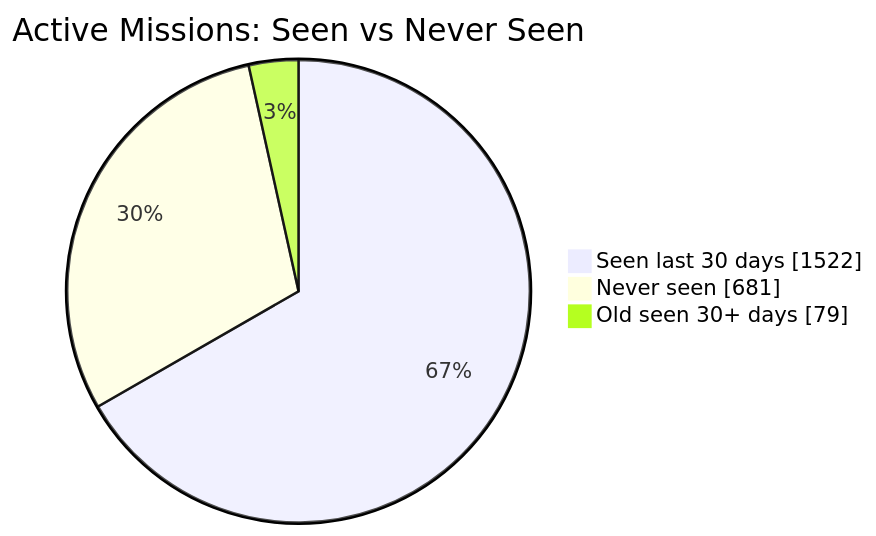
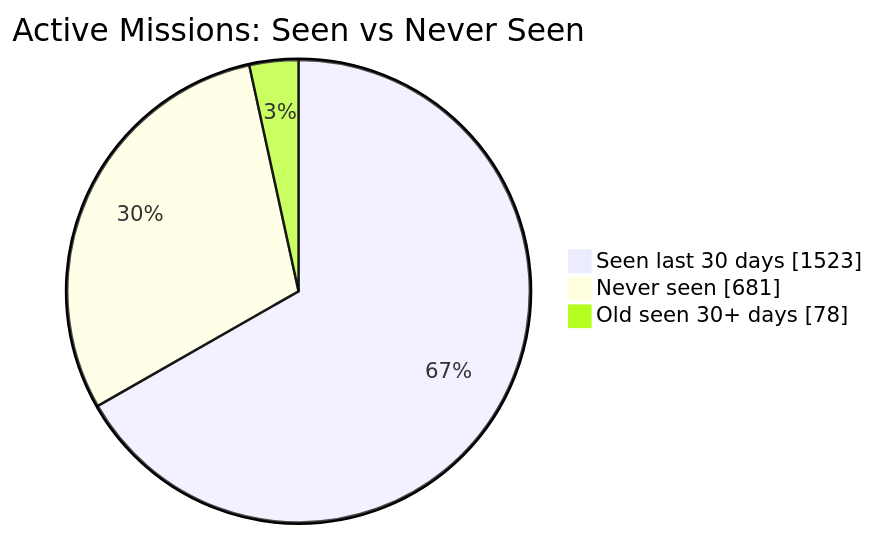
One commit to MeldkamerspelGameTeam/active-missions changed the first of 2 diagrams in README.md. Above: the diagram before and after it, drawn with Mermaid. The commit also changed other lines of this file and 2 other files, not shown here.

````diff
--- a/README.md
+++ b/README.md
@@ -34,7 +34,7 @@
 ```mermaid
 pie showData
     title Active Missions: Seen vs Never Seen
-    "Seen last 30 days" : 1522
+    "Seen last 30 days" : 1523
     "Never seen" : 681
-    "Old seen 30+ days" : 79
+    "Old seen 30+ days" : 78
 ```
````
